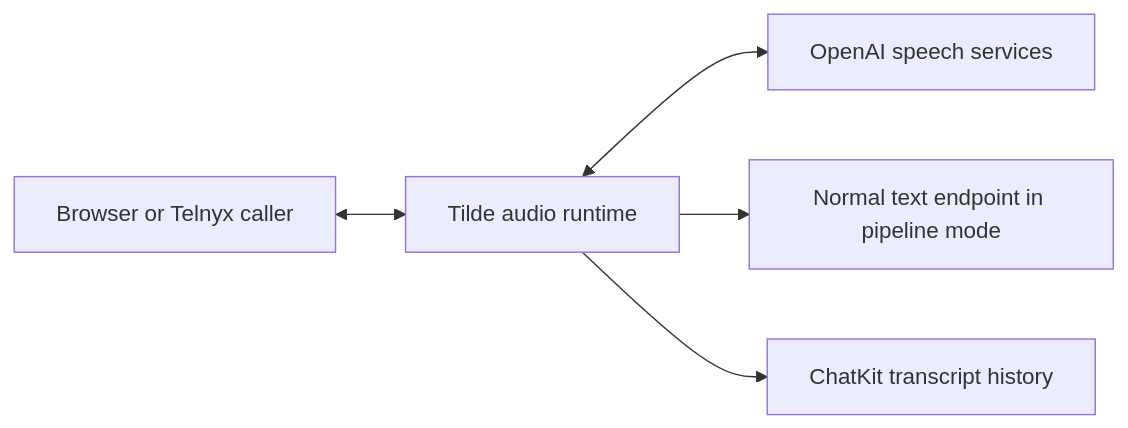
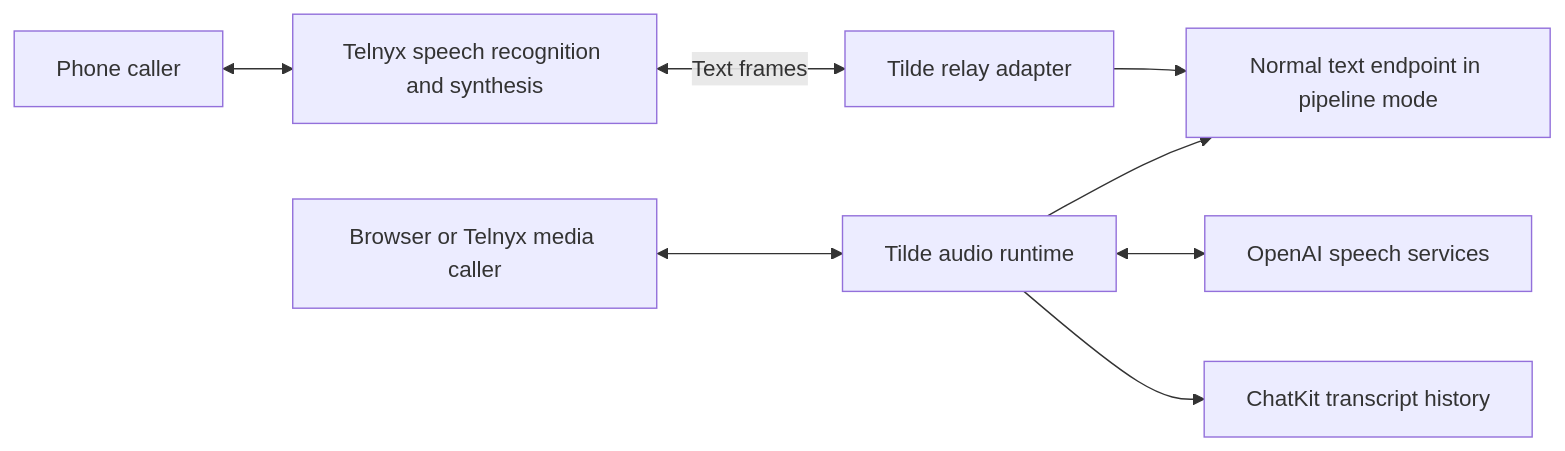
One commit to trytilde/docs changed the diagram in docs/updates/37.md. Above: the diagram before and after it, drawn with Mermaid. The commit also changed other lines of this file and 2 other files, not shown here.

Commit message:
docs(chatkit): explain Telnyx Conversation Relay setup

````diff
--- a/docs/updates/37.md
+++ b/docs/updates/37.md
@@ -15,7 +15,10 @@
 ```mermaid
 flowchart LR
-  Caller[Browser or Telnyx caller] <--> Rust[Tilde audio runtime]
+  Caller[Browser or Telnyx media caller] <--> Rust[Tilde audio runtime]
+  Phone[Phone caller] <--> Relay[Telnyx speech recognition and synthesis]
+  Relay <-->|Text frames| Adapter[Tilde relay adapter]
+  Adapter --> Endpoint
   Rust <--> Speech[OpenAI speech services]
   Rust --> Endpoint[Normal text endpoint in pipeline mode]
   Rust --> History[ChatKit transcript history]
 ```
````
